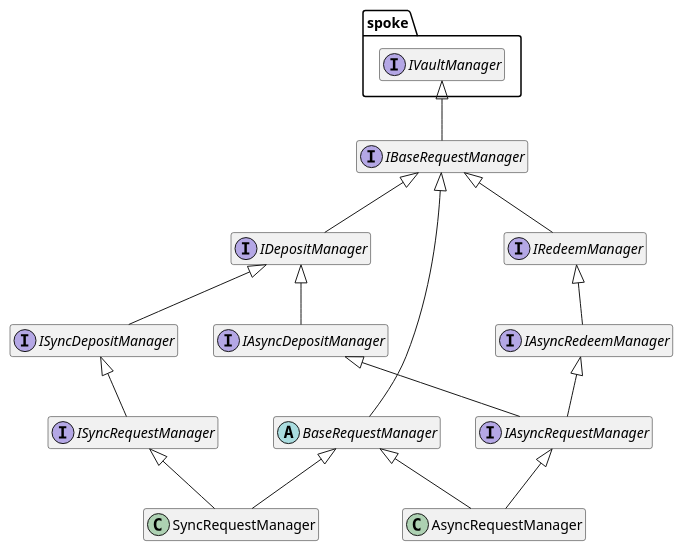
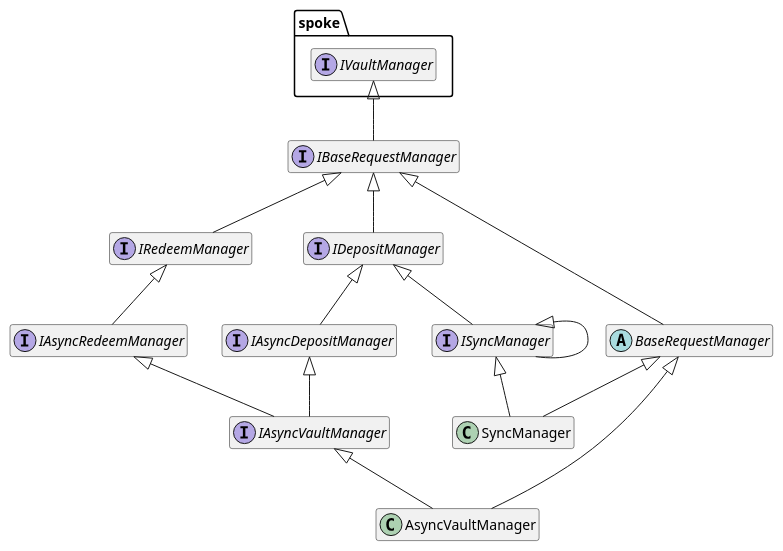
The diagram in docs/architecture/spokes/vaults/managers.puml (centrifuge/protocol), drawn with PlantUML before and after one commit. The commit also changed 41 other files, not shown here.

```diff
--- a/docs/architecture/spokes/vaults/managers.puml
+++ b/docs/architecture/spokes/vaults/managers.puml
@@ -1,44 +1,44 @@
 @startuml
 hide empty members
 
 package spoke {
     interface IVaultManager
 }
 
 interface IBaseRequestManager
 
 interface IDepositManager
 interface IRedeemManager
 
 interface IAsyncDepositManager
-interface ISyncDepositManager
+interface ISyncManager
 interface IAsyncRedeemManager
 
-interface IAsyncRequestManager
-interface ISyncRequestManager
+interface IAsyncVaultManager
+interface ISyncManager
 
 IBaseRequestManager -up-|> IVaultManager
 IDepositManager -up-|> IBaseRequestManager
 IRedeemManager -up-|> IBaseRequestManager
 
 IAsyncDepositManager -up-|> IDepositManager
-ISyncDepositManager -up-|> IDepositManager
+ISyncManager -up-|> IDepositManager
 IAsyncRedeemManager -up-|> IRedeemManager
 
-IAsyncRequestManager -up-|> IAsyncDepositManager
-IAsyncRequestManager -up-|> IAsyncRedeemManager
+IAsyncVaultManager -up-|> IAsyncDepositManager
+IAsyncVaultManager -up-|> IAsyncRedeemManager
 
-ISyncRequestManager -up-|> ISyncDepositManager
+ISyncManager -up-|> ISyncManager
 
 abstract BaseRequestManager
-class AsyncRequestManager
-class SyncRequestManager
+class AsyncVaultManager
+class SyncManager
 
-AsyncRequestManager -up-|> BaseRequestManager
-SyncRequestManager -up-|> BaseRequestManager
+AsyncVaultManager -up-|> BaseRequestManager
+SyncManager -up-|> BaseRequestManager
 
 BaseRequestManager -up-|> IBaseRequestManager
-AsyncRequestManager -up-|> IAsyncRequestManager
-SyncRequestManager -up-|> ISyncRequestManager
+AsyncVaultManager -up-|> IAsyncVaultManager
+SyncManager -up-|> ISyncManager
 
 @enduml
```
